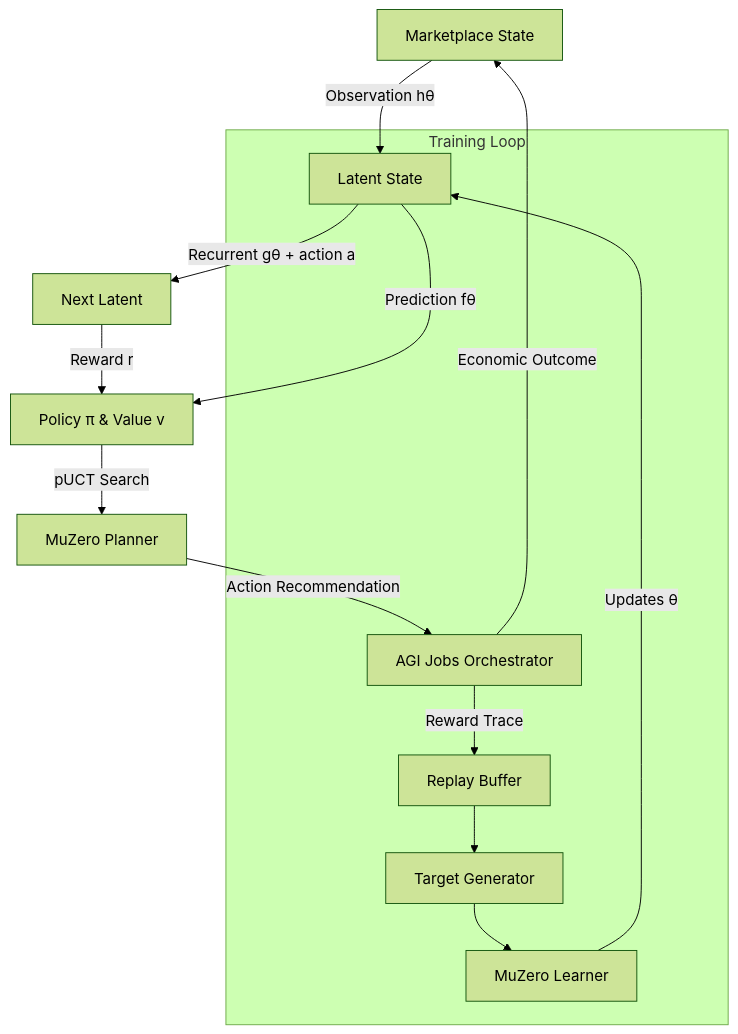
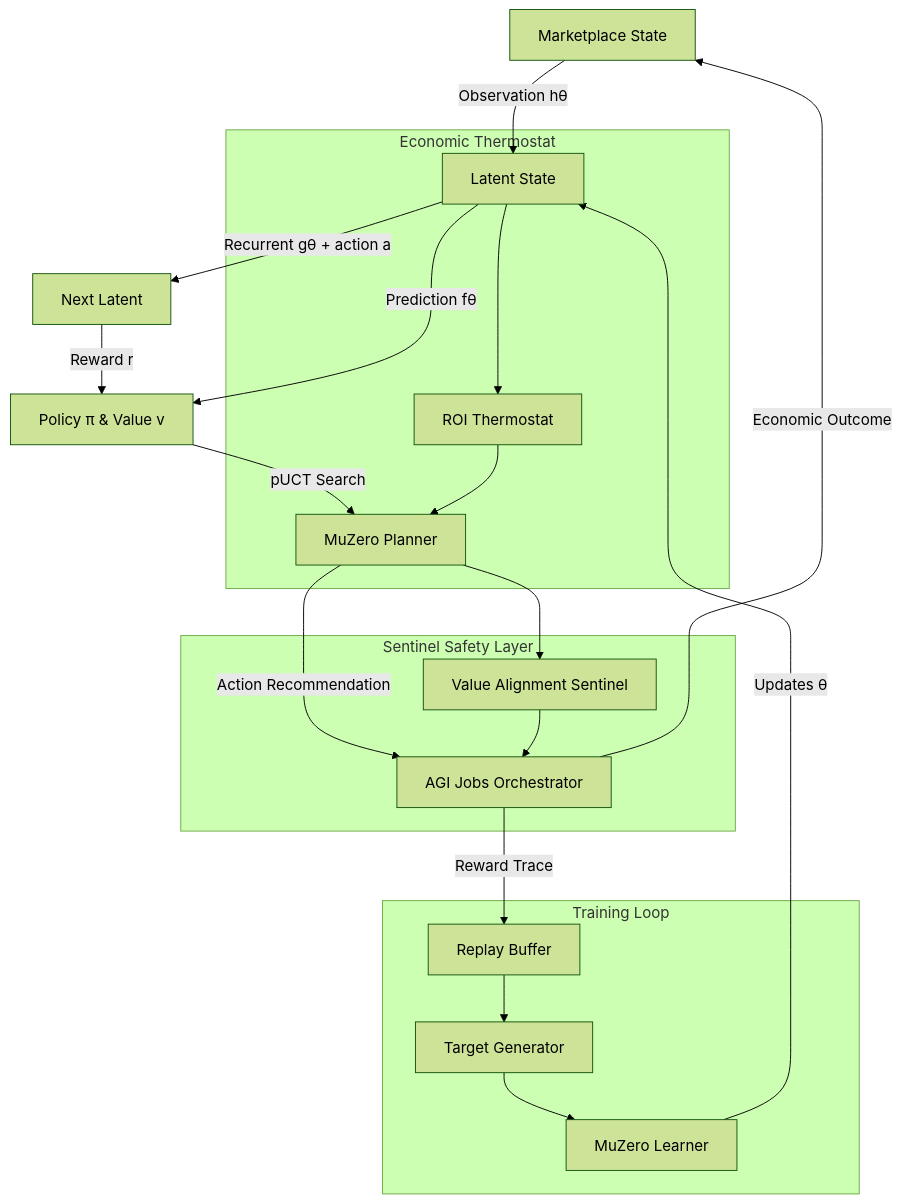
One commit to MontrealAI/AGIJobsv0 changed the diagram in demo/MuZero-style-v0/README.md. Above: the diagram before and after it, drawn with Mermaid (forest theme). The commit also changed other lines of this file and 16 other files, not shown here.

Commit message:
feat: add adaptive muzero planning thermostat and safety sentinels

````diff
--- a/demo/MuZero-style-v0/README.md
+++ b/demo/MuZero-style-v0/README.md
@@ -20,16 +20,24 @@
 ```mermaid
 flowchart TD
     A[Marketplace State] -->|Observation hθ| B[Latent State]
     B -->|Prediction fθ| C[Policy π & Value v]
     B -->|Recurrent gθ + action a| D[Next Latent]
     D -->|Reward r| C
     C -->|pUCT Search| E[MuZero Planner]
     E -->|Action Recommendation| F[AGI Jobs Orchestrator]
+    subgraph Economic Thermostat
+        B --> T[ROI Thermostat]
+        T --> E
+    end
+    subgraph Sentinel Safety Layer
+        E --> S[Value Alignment Sentinel]
+        S --> F
+    end
     F -->|Economic Outcome| A
     subgraph Training Loop
         F -->|Reward Trace| G[Replay Buffer]
         G --> H[Target Generator]
         H --> I[MuZero Learner]
         I -->|Updates θ| B
     end
 ```
````
